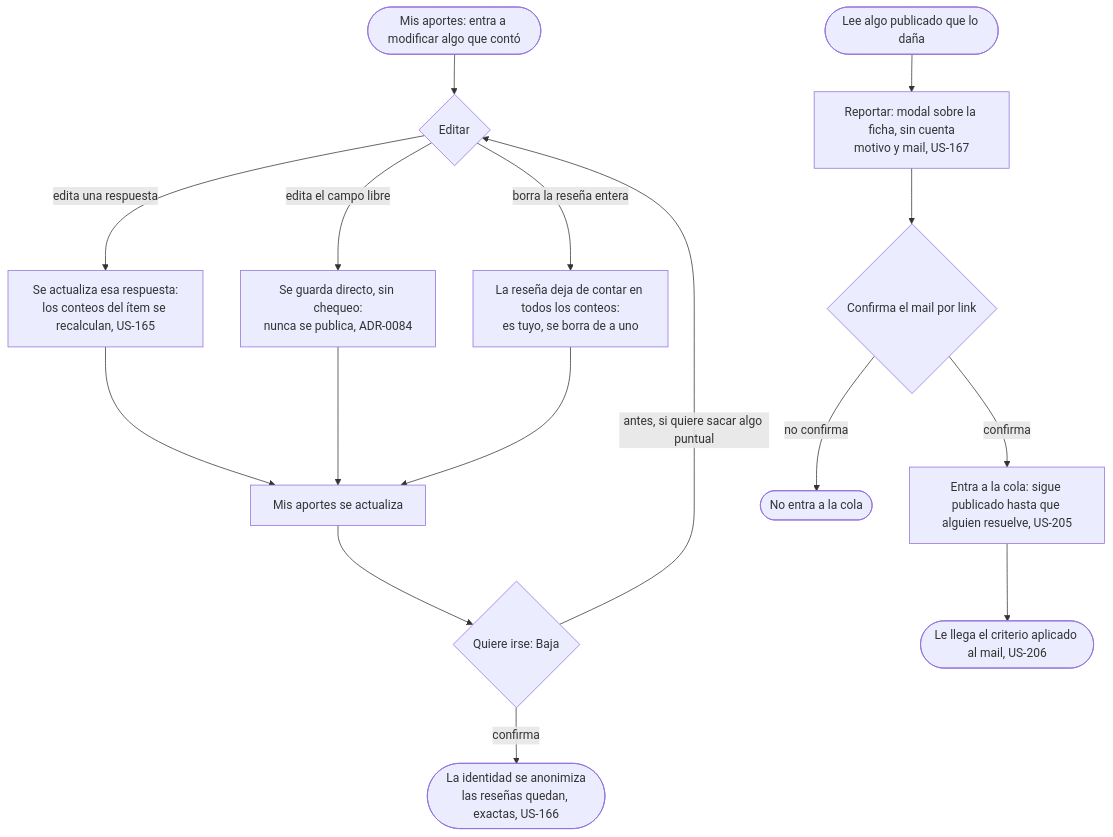
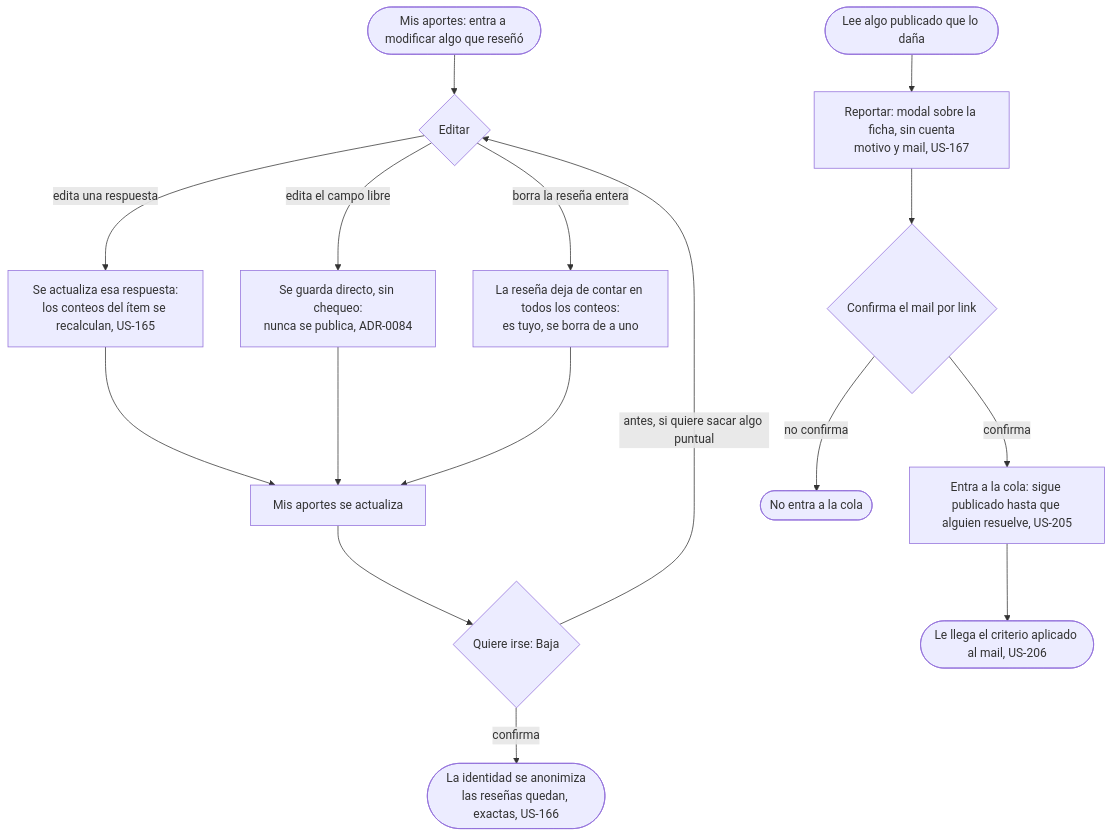
Before and after one commit to lucasidev/plan-b: the diagram in docs/product/student/undo/flow.md, drawn with Mermaid. The commit also changed other lines of this file and 67 other files, not shown here.

````diff
--- a/docs/product/student/undo/flow.md
+++ b/docs/product/student/undo/flow.md
@@ -5,19 +5,19 @@
 ```mermaid
 flowchart TD
-  A([Mis aportes: entra a modificar algo que contó]) --> B{Editar}
+  A([Mis aportes: entra a modificar algo que reseñó]) --> B{Editar}
   B -->|edita una respuesta| B1[Se actualiza esa respuesta:<br/>los conteos del ítem se recalculan, US-165]
   B -->|edita el campo libre| B1b[Se guarda directo, sin chequeo:<br/>nunca se publica, ADR-0084]
   B -->|borra la reseña entera| B2[La reseña deja de contar en todos los conteos:<br/>es tuyo, se borra de a uno]
   B1 --> C[Mis aportes se actualiza]
   B1b --> C
   B2 --> C
   C --> D{Quiere irse: Baja}
   D -->|antes, si quiere sacar algo puntual| B
   D -->|confirma| E([La identidad se anonimiza<br/>las reseñas quedan, exactas, US-166])
 
   F([Lee algo publicado que lo daña]) --> G[Reportar: modal sobre la ficha, sin cuenta<br/>motivo y mail, US-167]
   G --> H{Confirma el mail por link}
   H -->|no confirma| H1([No entra a la cola])
   H -->|confirma| I[Entra a la cola: sigue publicado hasta que alguien resuelve, US-205]
   I --> J([Le llega el criterio aplicado al mail, US-206])
 ```
````
